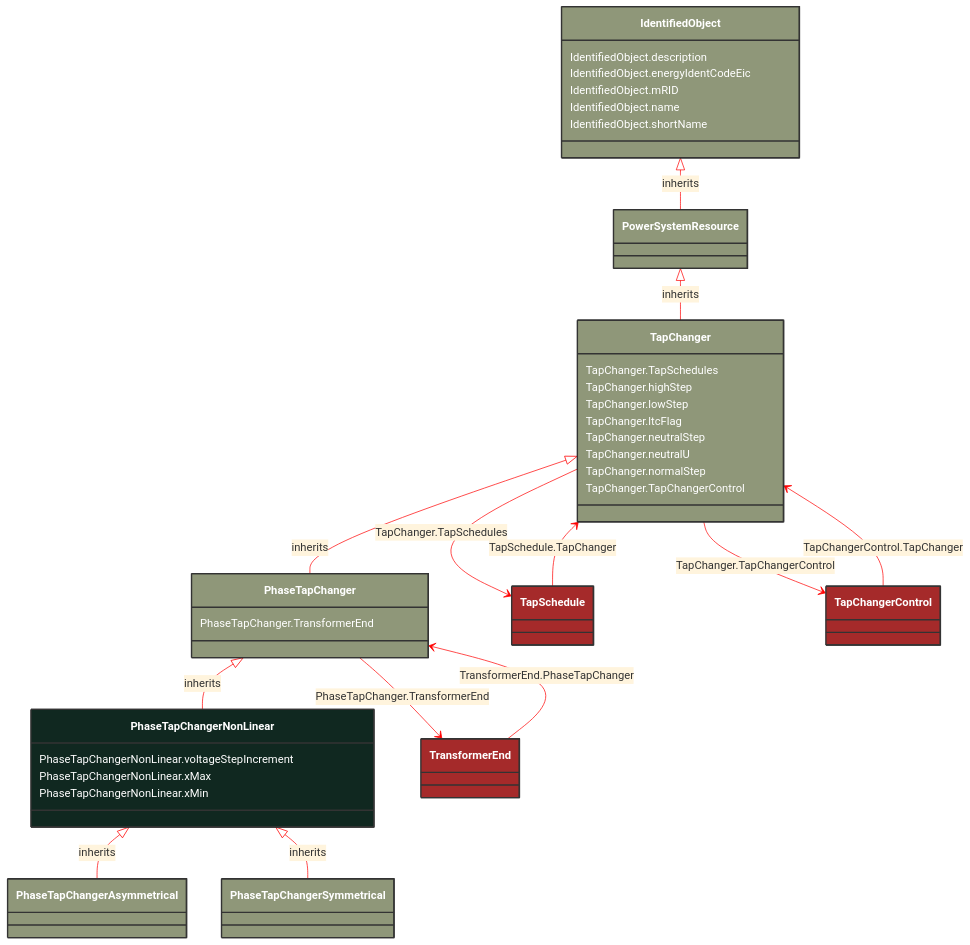
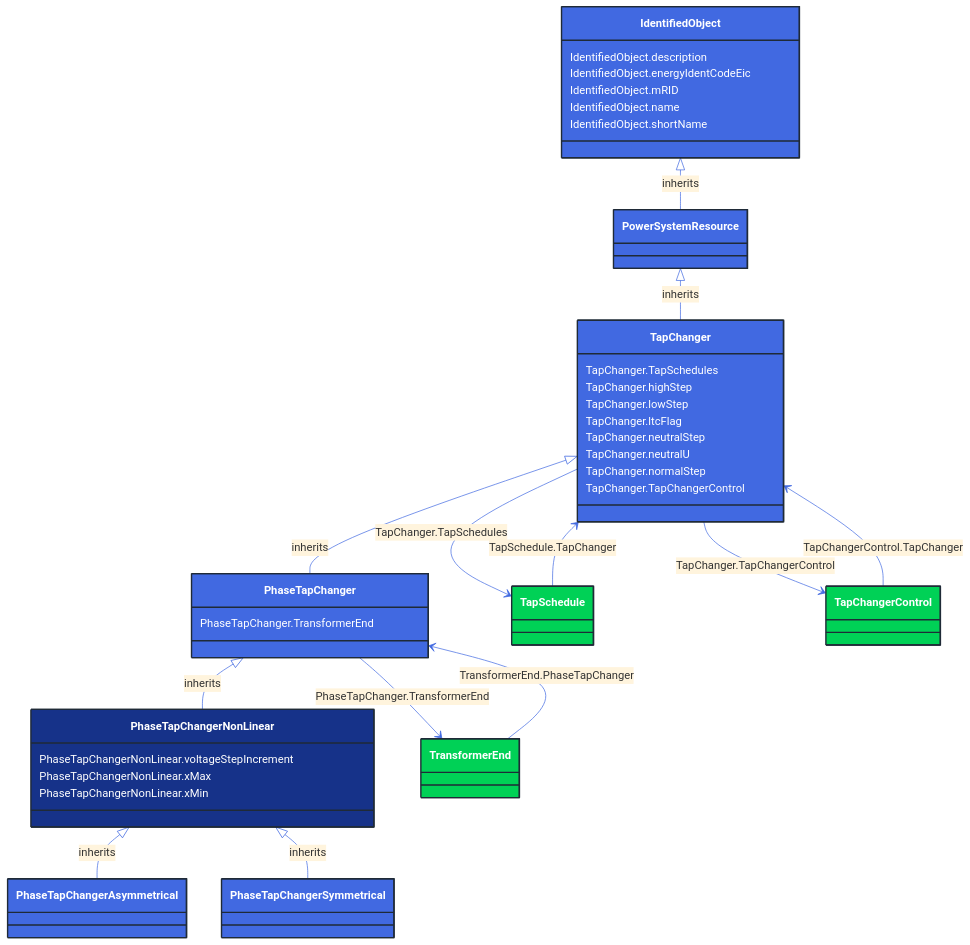
Before and after one commit to 3lbits/NoCIMExtensions: the diagram in docs/Models/Profiles/CoreEquipment/AbstractClasses/PhaseTapChangerNonLinear.md, drawn with Mermaid. The commit also changed 362 other files, not shown here.

First line of the commit message:
Update diagrams and styles for improved visual consistency

````diff
--- a/docs/Models/Profiles/CoreEquipment/AbstractClasses/PhaseTapChangerNonLinear.md
+++ b/docs/Models/Profiles/CoreEquipment/AbstractClasses/PhaseTapChangerNonLinear.md
@@ -10,71 +10,71 @@
 ```mermaid
-%%{init: {'theme':'base','themeVariables': {'lineColor': '#FF0000'}}}%%
+%%{init: {'theme':'base','themeVariables': {'lineColor': '#4169E1'}}}%%
 classDiagram
     class PhaseTapChangerNonLinear
     click PhaseTapChangerNonLinear href "/Models/Profiles/CoreEquipment/AbstractClasses/PhaseTapChangerNonLinear/"
-    style PhaseTapChangerNonLinear fill:#102820,stroke:#333,stroke-width:2px,rx:10,ry:10,color:white
+    style PhaseTapChangerNonLinear fill:#163289,stroke:#1F2A37,stroke-width:2px,rx:10,ry:10,color:white
 
         PhaseTapChangerNonLinear <|-- PhaseTapChangerAsymmetrical : inherits
 
         PhaseTapChangerAsymmetrical
             click PhaseTapChangerAsymmetrical href "/Models/Profiles/CoreEquipment/ConcreteClasses/PhaseTapChangerAsymmetrical/"
-            style PhaseTapChangerAsymmetrical fill:#8F9779,stroke:#333,stroke-width:2px,rx:10,ry:10,color:white
+            style PhaseTapChangerAsymmetrical fill:#4169E1,stroke:#1F2A37,stroke-width:2px,rx:10,ry:10,color:white
 
         PhaseTapChangerNonLinear <|-- PhaseTapChangerSymmetrical : inherits
 
         PhaseTapChangerSymmetrical
             click PhaseTapChangerSymmetrical href "/Models/Profiles/CoreEquipment/ConcreteClasses/PhaseTapChangerSymmetrical/"
-            style PhaseTapChangerSymmetrical fill:#8F9779,stroke:#333,stroke-width:2px,rx:10,ry:10,color:white
+            style PhaseTapChangerSymmetrical fill:#4169E1,stroke:#1F2A37,stroke-width:2px,rx:10,ry:10,color:white
      
         PhaseTapChanger <|-- PhaseTapChangerNonLinear : inherits
             click PhaseTapChanger href "/Models/Profiles/CoreEquipment/AbstractClasses/PhaseTapChanger/"
-            style PhaseTapChanger fill:#8F9779,stroke:#333,stroke-width:2px,rx:10,ry:10,color:white
+            style PhaseTapChanger fill:#4169E1,stroke:#1F2A37,stroke-width:2px,rx:10,ry:10,color:white
      
         TapChanger <|-- PhaseTapChanger : inherits
             click TapChanger href "/Models/Profiles/CoreEquipment/AbstractClasses/TapChanger/"
-            style TapChanger fill:#8F9779,stroke:#333,stroke-width:2px,rx:10,ry:10,color:white
+            style TapChanger fill:#4169E1,stroke:#1F2A37,stroke-width:2px,rx:10,ry:10,color:white
      
         PowerSystemResource <|-- TapChanger : inherits
             click PowerSystemResource href "/Models/Profiles/CoreEquipment/AbstractClasses/PowerSystemResource/"
-            style PowerSystemResource fill:#8F9779,stroke:#333,stroke-width:2px,rx:10,ry:10,color:white
+            style PowerSystemResource fill:#4169E1,stroke:#1F2A37,stroke-width:2px,rx:10,ry:10,color:white
      
         IdentifiedObject <|-- PowerSystemResource : inherits
             click IdentifiedObject href "/Models/Profiles/CoreEquipment/AbstractClasses/IdentifiedObject/"
-            style IdentifiedObject fill:#8F9779,stroke:#333,stroke-width:2px,rx:10,ry:10,color:white
+            style IdentifiedObject fill:#4169E1,stroke:#1F2A37,stroke-width:2px,rx:10,ry:10,color:white
 
         PhaseTapChanger --> TransformerEnd : PhaseTapChanger.TransformerEnd
 
         TransformerEnd
             click TransformerEnd href "/Models/Profiles/CoreEquipment/AbstractClasses/TransformerEnd/"
-            style TransformerEnd fill:#A52A2A,stroke:#333,stroke-width:2px,rx:10,ry:10,color:white
+            style TransformerEnd fill:#00D156,stroke:#1F2A37,stroke-width:2px,rx:10,ry:10,color:white
         TapChanger --> TapSchedule : TapChanger.TapSchedules
 
         TapSchedule
             click TapSchedule href "/Models/Profiles/CoreEquipment/AbstractClasses/TapSchedule/"
-            style TapSchedule fill:#A52A2A,stroke:#333,stroke-width:2px,rx:10,ry:10,color:white
+            style TapSchedule fill:#00D156,stroke:#1F2A37,stroke-width:2px,rx:10,ry:10,color:white
         TapChanger --> TapChangerControl : TapChanger.TapChangerControl
 
         TapChangerControl
             click TapChangerControl href "/Models/Profiles/CoreEquipment/ConcreteClasses/TapChangerControl/"
-            style TapChangerControl fill:#A52A2A,stroke:#333,stroke-width:2px,rx:10,ry:10,color:white
+            style TapChangerControl fill:#00D156,stroke:#1F2A37,stroke-width:2px,rx:10,ry:10,color:white
 
         TapSchedule --> TapChanger : TapSchedule.TapChanger
 
         TapSchedule
             click TapSchedule href "/Models/Profiles/CoreEquipment/AbstractClasses/TapSchedule/"
-            style TapSchedule fill:#A52A2A,stroke:#333,stroke-width:2px,rx:10,ry:10,color:white
+            style TapSchedule fill:#00D156,stroke:#1F2A37,stroke-width:2px,rx:10,ry:10,color:white
 
         TapChangerControl --> TapChanger : TapChangerControl.TapChanger
 
         TapChangerControl
             click TapChangerControl href "/Models/Profiles/CoreEquipment/ConcreteClasses/TapChangerControl/"
-            style TapChangerControl fill:#A52A2A,stroke:#333,stroke-width:2px,rx:10,ry:10,color:white
+            style TapChangerControl fill:#00D156,stroke:#1F2A37,stroke-width:2px,rx:10,ry:10,color:white
 
         TransformerEnd --> PhaseTapChanger : TransformerEnd.PhaseTapChanger
 
         TransformerEnd
             click TransformerEnd href "/Models/Profiles/CoreEquipment/AbstractClasses/TransformerEnd/"
-            style TransformerEnd fill:#A52A2A,stroke:#333,stroke-width:2px,rx:10,ry:10,color:white
+            style TransformerEnd fill:#00D156,stroke:#1F2A37,stroke-width:2px,rx:10,ry:10,color:white
 
 
         PhaseTapChangerNonLinear : PhaseTapChangerNonLinear.voltageStepIncrement
````
